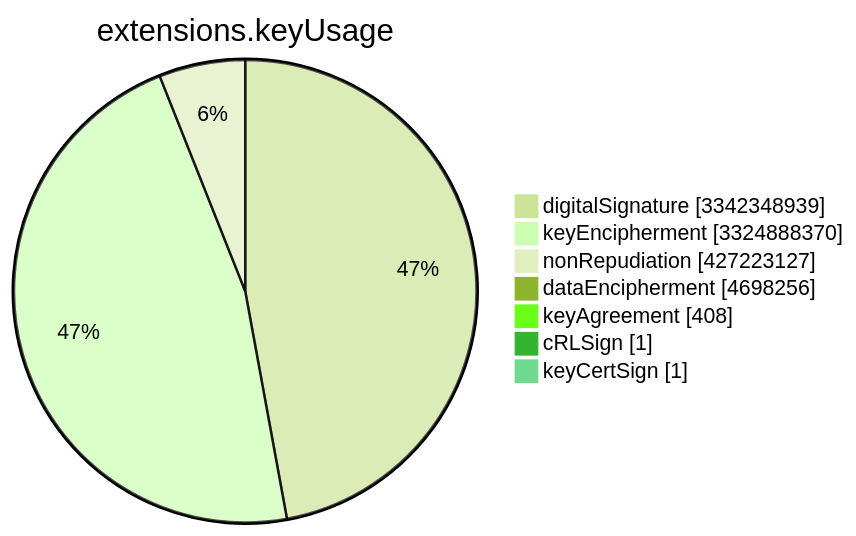
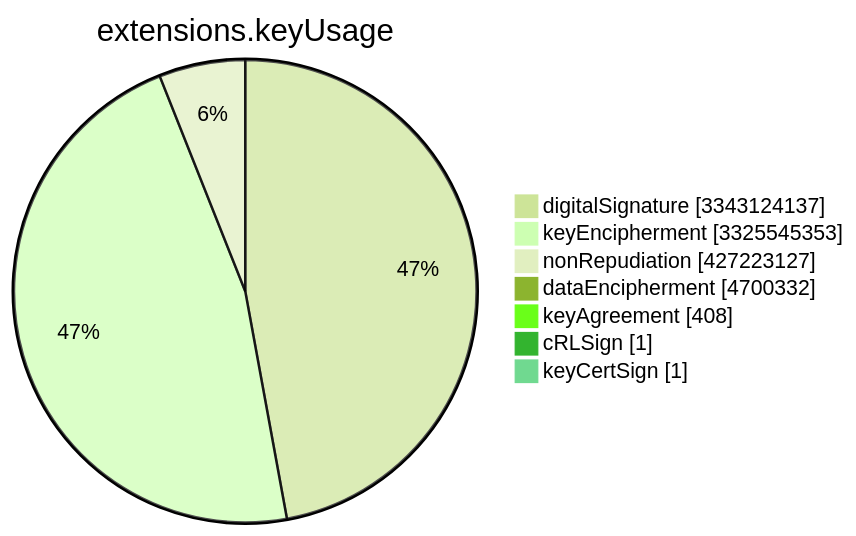
One commit to christiankrug/ctmonitor_visualization changed the sixth of 15 diagrams in TOTAL/README.md. Above: the diagram before and after it, drawn with Mermaid (forest theme). The commit also changed other lines of this file, not shown here.

````diff
--- a/TOTAL/README.md
+++ b/TOTAL/README.md
@@ -3079,11 +3079,11 @@
 ```mermaid
 pie showData
 title extensions.keyUsage
-"digitalSignature" :3342348939
-"keyEncipherment" :3324888370
+"digitalSignature" :3343124137
+"keyEncipherment" :3325545353
 "nonRepudiation" :427223127
-"dataEncipherment" :4698256
+"dataEncipherment" :4700332
 "keyAgreement" :408
 "cRLSign" :1
 "keyCertSign" :1
 ```
````
